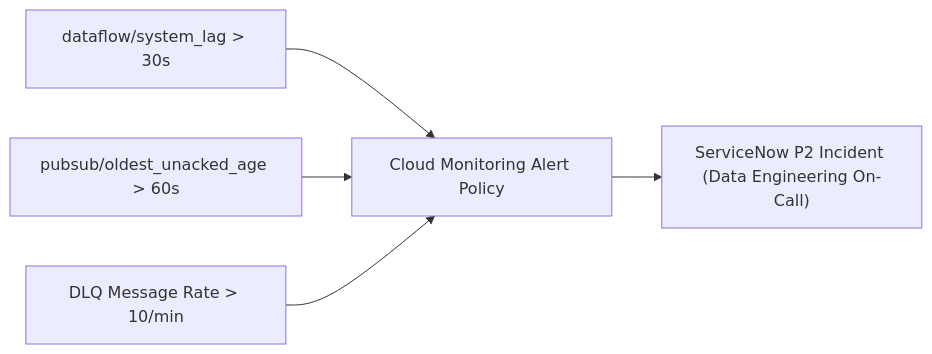
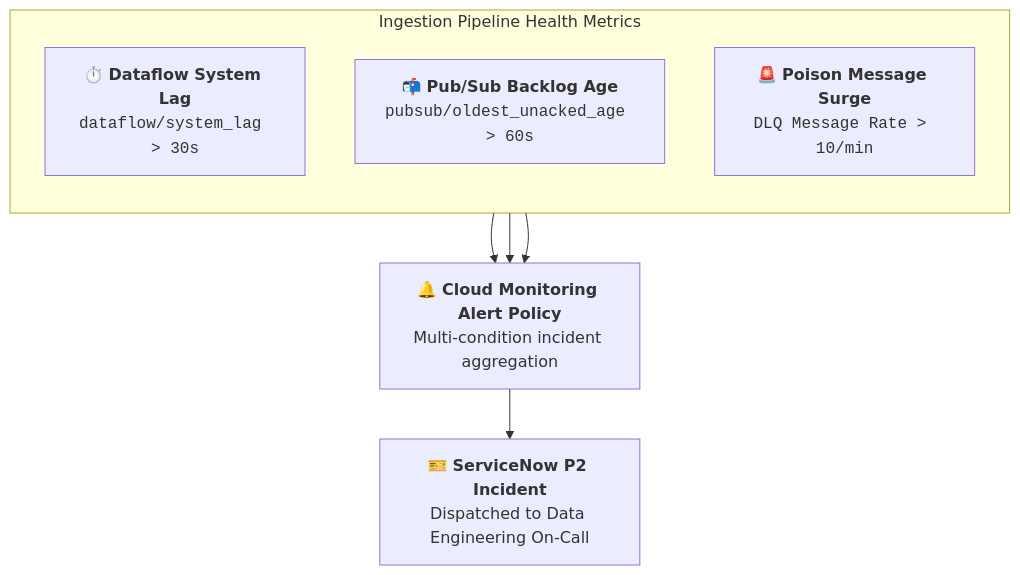
The third of 3 diagrams in docs/architecture/01_ingestion/streaming_pipelines.md (toanbui626391/aiops_architect), drawn with Mermaid before and after one commit. The commit also changed other lines of this file and 1 other file, not shown here.

Commit message:
update skills and diagrams

````diff
--- a/docs/architecture/01_ingestion/streaming_pipelines.md
+++ b/docs/architecture/01_ingestion/streaming_pipelines.md
@@ -258,7 +260,17 @@
 ```mermaid
-flowchart LR
-    M1["dataflow/system_lag > 30s"] --> AlertRouter["Cloud Monitoring Alert Policy"]
-    M2["pubsub/oldest_unacked_age > 60s"] --> AlertRouter
-    M3["DLQ Message Rate > 10/min"] --> AlertRouter
-    AlertRouter --> SNOW["ServiceNow P2 Incident (Data Engineering On-Call)"]
+flowchart TD
+    subgraph Health_Metrics["Ingestion Pipeline Health Metrics"]
+        direction TB
+        M1["⏱️ <b>Dataflow System Lag</b><br/><code>dataflow/system_lag > 30s</code>"]
+        M2["📬 <b>Pub/Sub Backlog Age</b><br/><code>pubsub/oldest_unacked_age > 60s</code>"]
+        M3["🚨 <b>Poison Message Surge</b><br/><code>DLQ Message Rate > 10/min</code>"]
+    end
+
+    AlertRouter["🔔 <b>Cloud Monitoring Alert Policy</b><br/>Multi-condition incident aggregation"]
+    SNOW["🎫 <b>ServiceNow P2 Incident</b><br/>Dispatched to Data Engineering On-Call"]
+
+    M1 --> AlertRouter
+    M2 --> AlertRouter
+    M3 --> AlertRouter
+    AlertRouter --> SNOW
 ```
````
